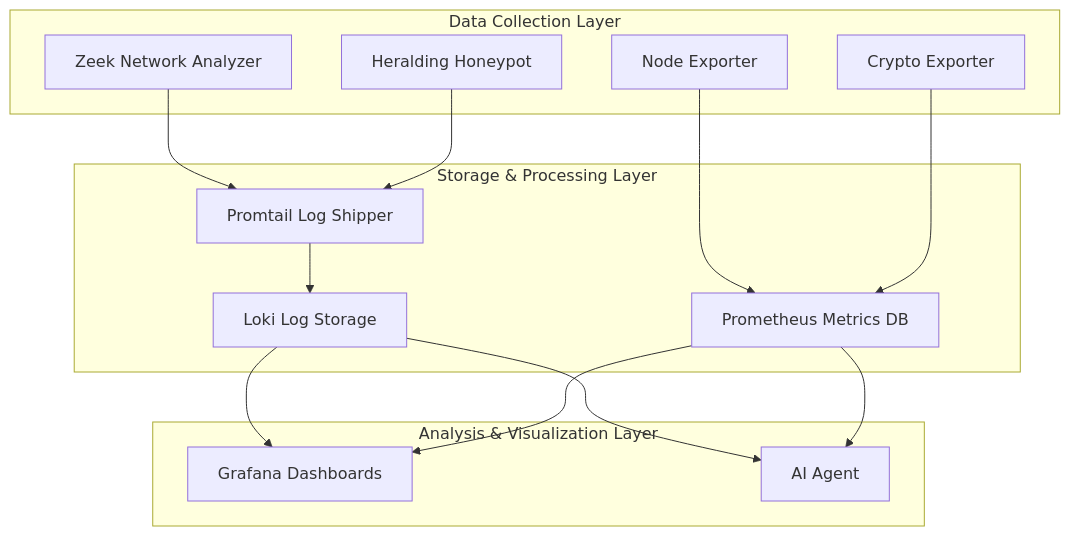
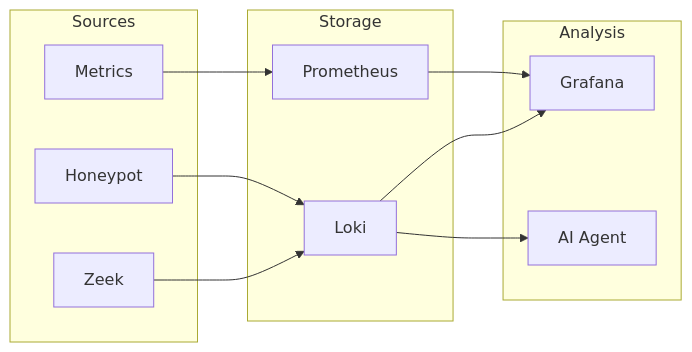
The first of 2 diagrams in components.md (garrigueta/network-security-monitor-docs), drawn with Mermaid before and after one commit. The commit also changed other lines of this file and 1 other file, not shown here.

Commit message:
Refactor architecture diagrams for clarity and consistency in components and index documentation

````diff
--- a/components.md
+++ b/components.md
@@ -13,30 +13,26 @@
 ```mermaid
-graph TB
-    subgraph "Data Collection Layer"
-        A[Zeek Network Analyzer]
-        B[Heralding Honeypot]
-        C[Node Exporter]
-        D[Crypto Exporter]
+flowchart LR
+    subgraph Sources
+        Zeek
+        Honeypot
+        Metrics
     end
     
-    subgraph "Storage & Processing Layer"
-        E[Promtail Log Shipper]
-        F[Loki Log Storage]
-        G[Prometheus Metrics DB]
+    subgraph Storage
+        Loki
+        Prometheus
     end
     
-    subgraph "Analysis & Visualization Layer"
-        H[Grafana Dashboards]
-        I[AI Agent]
+    subgraph Analysis
+        Grafana
+        AI[AI Agent]
     end
     
-    A --> E
-    B --> E
-    C --> G
-    D --> G
-    E --> F
-    F --> H
-    G --> H
-    F --> I
-    G --> I
+    Zeek --> Loki
+    Honeypot --> Loki
+    Metrics --> Prometheus
+    
+    Loki --> Grafana
+    Prometheus --> Grafana
+    Loki --> AI
 ```
````
